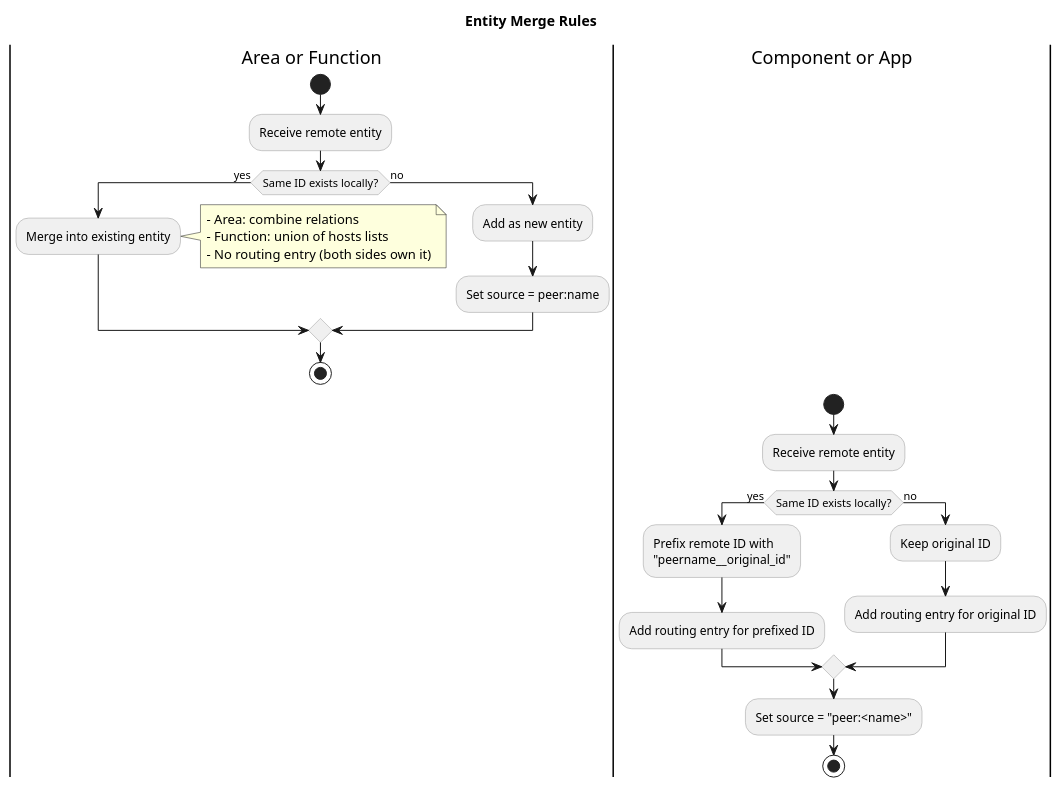
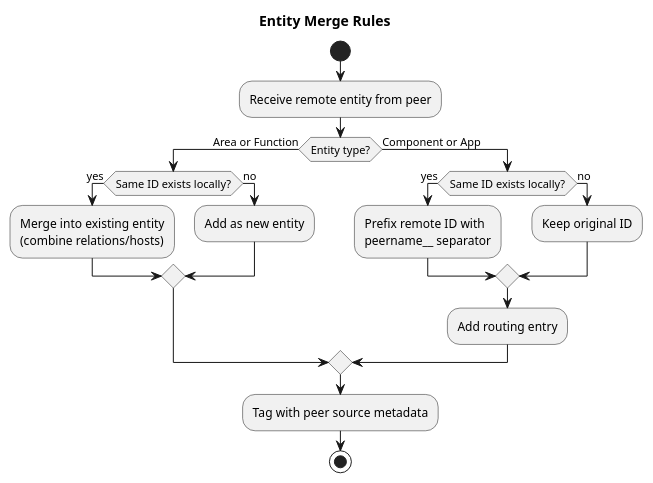
One commit to selfpatch/ros2_medkit changed the third of 4 diagrams in src/ros2_medkit_gateway/design/aggregation.rst. Above: the diagram before and after it, drawn with PlantUML. The commit also changed other lines of this file, not shown here.

Commit message:
fix: remove parentheses and block skinparams from PlantUML diagrams

```diff
--- a/src/ros2_medkit_gateway/design/aggregation.rst
+++ b/src/ros2_medkit_gateway/design/aggregation.rst
@@ -183,42 +183,27 @@
 .. plantuml::
    :caption: Entity Merge Logic by Type
 
    @startuml entity_merge
 
-   skinparam activity {
-       BackgroundColor #f0f0f0
-       BorderColor #999999
-   }
-
    title Entity Merge Rules
 
-   |Area or Function|
    start
-   :Receive remote entity;
-   if (Same ID exists locally?) then (yes)
-       :Merge into existing entity;
-       note right
-           - Area: combine relations
-           - Function: union of hosts lists
-           - No routing entry (both sides own it)
-       end note
-   else (no)
-       :Add as new entity;
-       :Set source = peer:name;
+   :Receive remote entity from peer;
+   if (Entity type?) then (Area or Function)
+       if (Same ID exists locally?) then (yes)
+           :Merge into existing entity\n(combine relations/hosts);
+       else (no)
+           :Add as new entity;
+       endif
+   else (Component or App)
+       if (Same ID exists locally?) then (yes)
+           :Prefix remote ID with\npeername__ separator;
+       else (no)
+           :Keep original ID;
+       endif
+       :Add routing entry;
    endif
-   stop
-
-   |Component or App|
-   start
-   :Receive remote entity;
-   if (Same ID exists locally?) then (yes)
-       :Prefix remote ID with\n"peername__original_id";
-       :Add routing entry for prefixed ID;
-   else (no)
-       :Keep original ID;
-       :Add routing entry for original ID;
-   endif
-   :Set source = "peer:<name>";
+   :Tag with peer source metadata;
    stop
 
    @enduml
```
